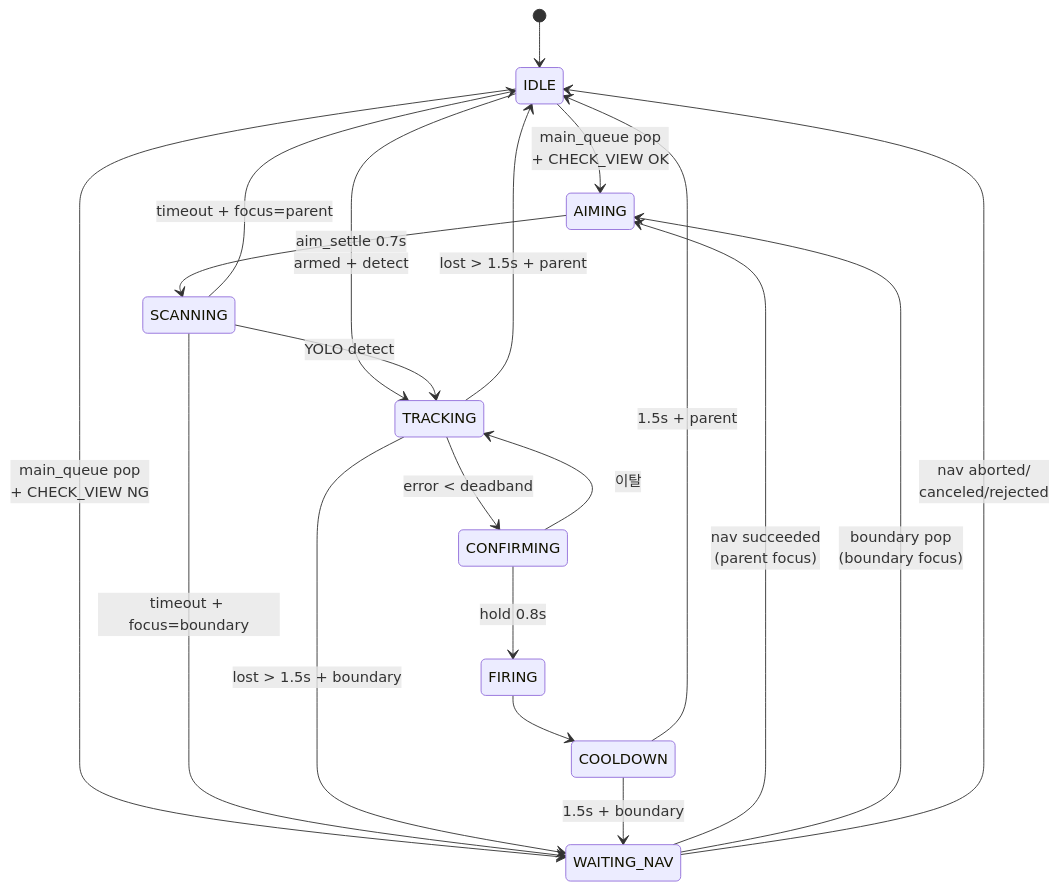
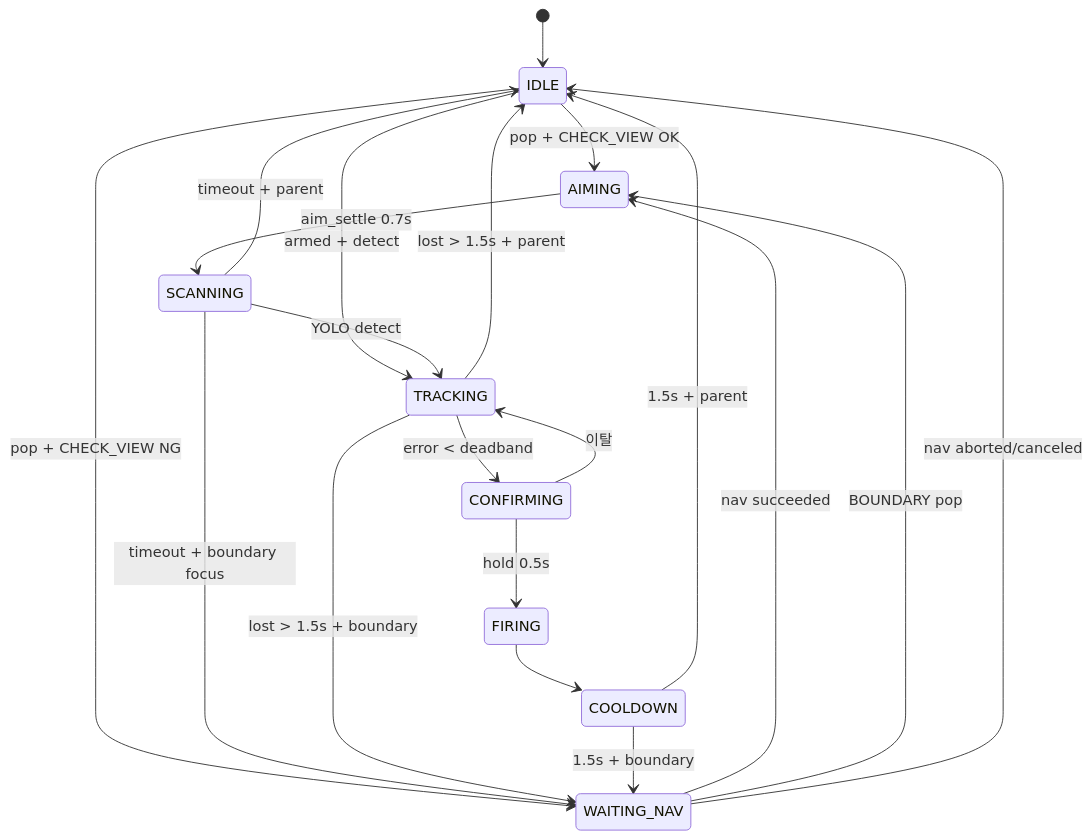
One commit to dladyddn133-creator/omx_aim changed the second of 2 diagrams in INTERFACE.md. Above: the diagram before and after it, drawn with Mermaid. The commit also changed other lines of this file and 1 other file, not shown here.

````diff
--- a/INTERFACE.md
+++ b/INTERFACE.md
@@ -168,30 +207,30 @@
 ```mermaid
 stateDiagram-v2
     [*] --> IDLE
     
-    IDLE --> AIMING: main_queue pop<br>+ CHECK_VIEW OK
-    IDLE --> WAITING_NAV: main_queue pop<br>+ CHECK_VIEW NG
+    IDLE --> AIMING: pop + CHECK_VIEW OK
+    IDLE --> WAITING_NAV: pop + CHECK_VIEW NG
     IDLE --> TRACKING: armed + detect
     
-    WAITING_NAV --> AIMING: nav succeeded<br>(parent focus)
-    WAITING_NAV --> AIMING: boundary pop<br>(boundary focus)
-    WAITING_NAV --> IDLE: nav aborted/<br>canceled/rejected
+    WAITING_NAV --> AIMING: nav succeeded
+    WAITING_NAV --> AIMING: BOUNDARY pop
+    WAITING_NAV --> IDLE: nav aborted/canceled
     
     AIMING --> SCANNING: aim_settle 0.7s
     
     SCANNING --> TRACKING: YOLO detect
-    SCANNING --> IDLE: timeout + focus=parent
-    SCANNING --> WAITING_NAV: timeout + focus=boundary
+    SCANNING --> IDLE: timeout + parent
+    SCANNING --> WAITING_NAV: timeout + boundary focus
     
     TRACKING --> CONFIRMING: error < deadband
     TRACKING --> IDLE: lost > 1.5s + parent
     TRACKING --> WAITING_NAV: lost > 1.5s + boundary
     
-    CONFIRMING --> FIRING: hold 0.8s
+    CONFIRMING --> FIRING: hold 0.5s
     CONFIRMING --> TRACKING: 이탈
     
     FIRING --> COOLDOWN
     
     COOLDOWN --> IDLE: 1.5s + parent
     COOLDOWN --> WAITING_NAV: 1.5s + boundary
 ```
````
